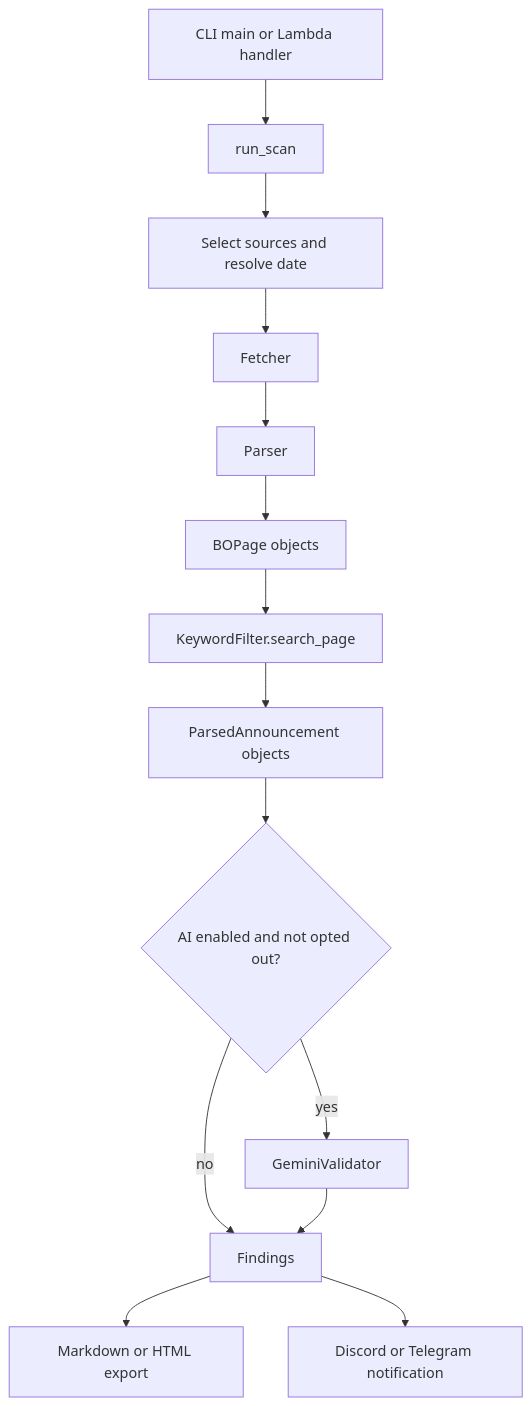
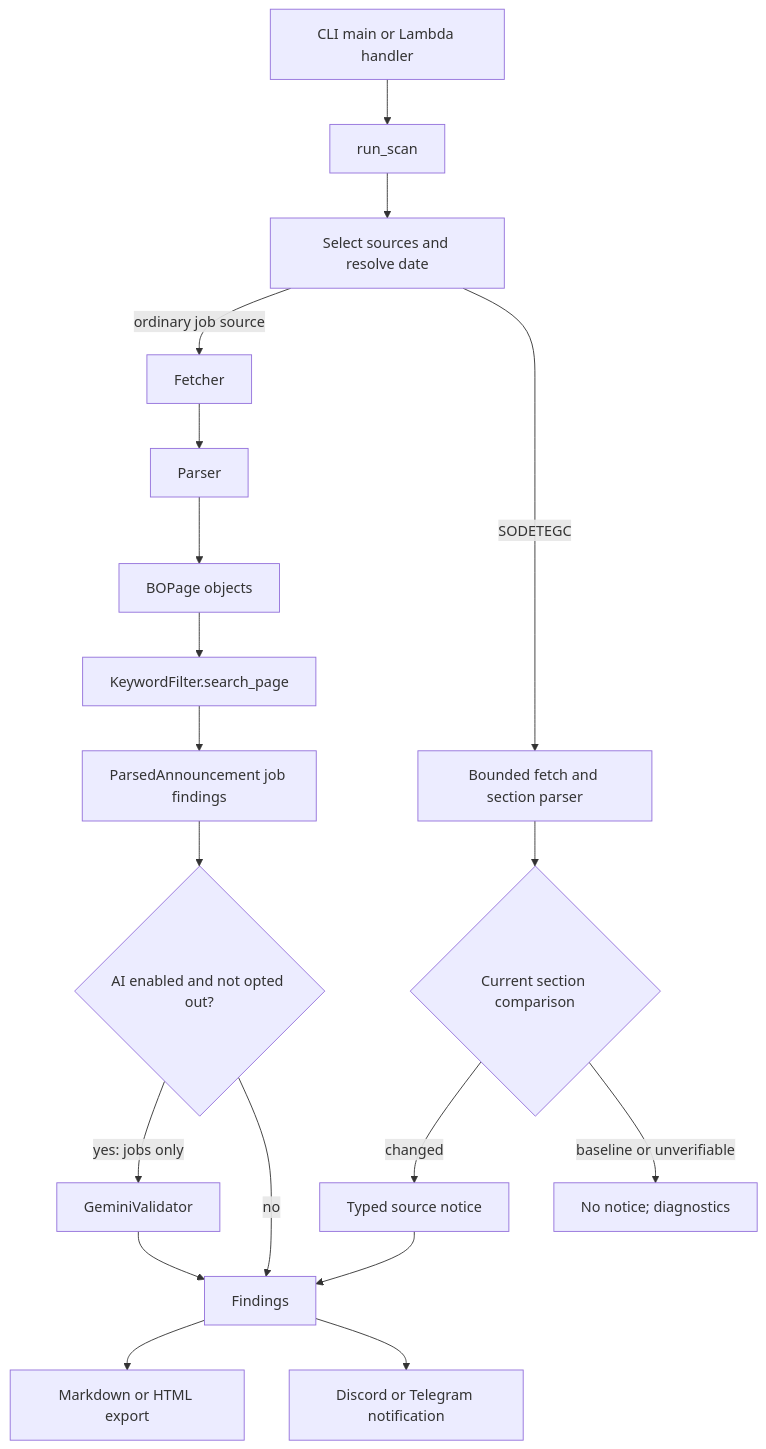
One commit to alejandroqs/job-finder changed the diagram in docs/architecture.md. Above: the diagram before and after it, drawn with Mermaid. The commit also changed other lines of this file and 25 other files, not shown here.

````diff
--- a/docs/architecture.md
+++ b/docs/architecture.md
@@ -17,16 +17,21 @@
 ```mermaid
 flowchart TD
     A[CLI main or Lambda handler] --> B[run_scan]
     B --> C[Select sources and resolve date]
-    C --> D[Fetcher]
+    C -->|ordinary job source| D[Fetcher]
     D --> E[Parser]
     E --> F[BOPage objects]
     F --> G[KeywordFilter.search_page]
-    G --> H[ParsedAnnouncement objects]
+    G --> H[ParsedAnnouncement job findings]
+    C -->|SODETEGC| S[Bounded fetch and section parser]
+    S --> T{Current section comparison}
+    T -->|changed| N[Typed source notice]
+    T -->|baseline or unverifiable| Z[No notice; diagnostics]
     H --> I{AI enabled and not opted out?}
-    I -->|yes| J[GeminiValidator]
+    I -->|yes: jobs only| J[GeminiValidator]
     I -->|no| K[Findings]
     J --> K
+    N --> K
     K --> L[Markdown or HTML export]
     K --> M[Discord or Telegram notification]
 ```
````
